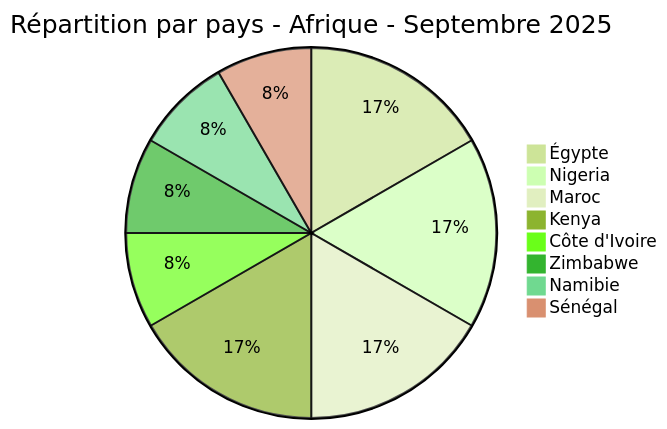
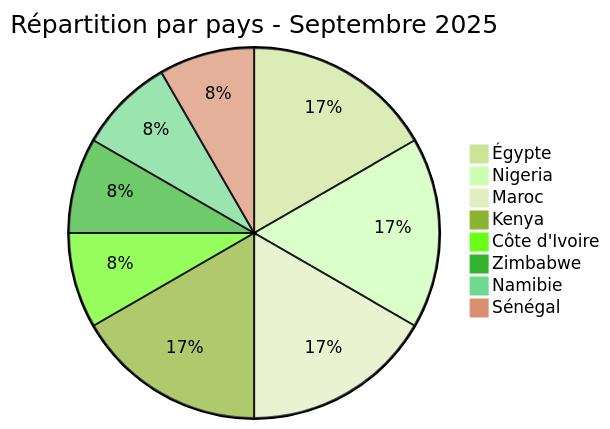
Before and after one commit to Hatchepsoute/AFRINTEL: the second of 5 diagrams in 2025/september/report/README_FR.md, drawn with Mermaid (forest theme). The commit also changed other lines of this file, not shown here.

Commit message:
Rapport de cyberttaque Septembre 2025 - versions FR/EN & rapport CTI Janvier et Février 2026

````diff
--- a/2025/september/report/README_FR.md
+++ b/2025/september/report/README_FR.md
@@ -75,11 +75,11 @@
 ```mermaid
-pie title Répartition par pays - Afrique - Septembre 2025
+pie title Répartition par pays - Septembre 2025
 "Égypte" : 2
 "Nigeria" : 2
 "Maroc" : 2
 "Kenya" : 2
 "Côte d'Ivoire" : 1
 "Zimbabwe" : 1
 "Namibie" : 1
 "Sénégal" : 1
 ```
````
